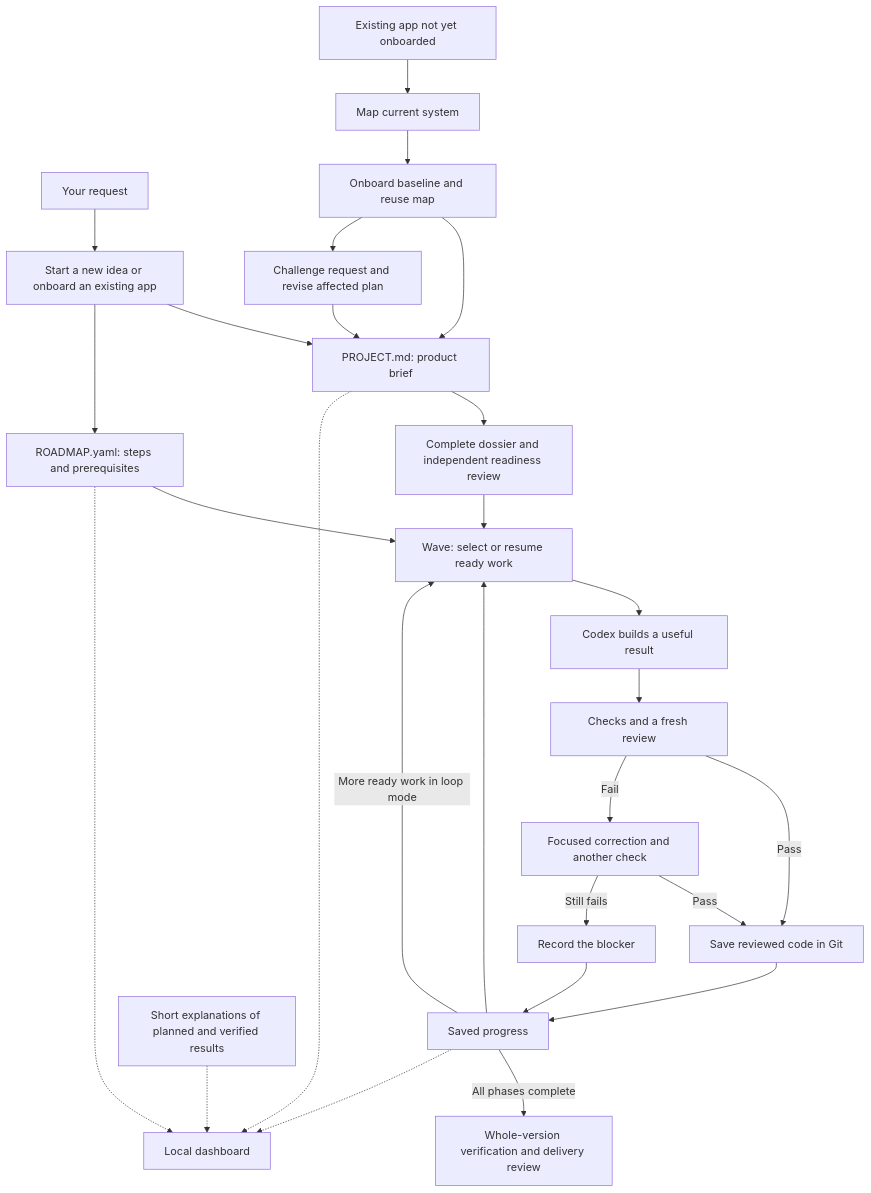
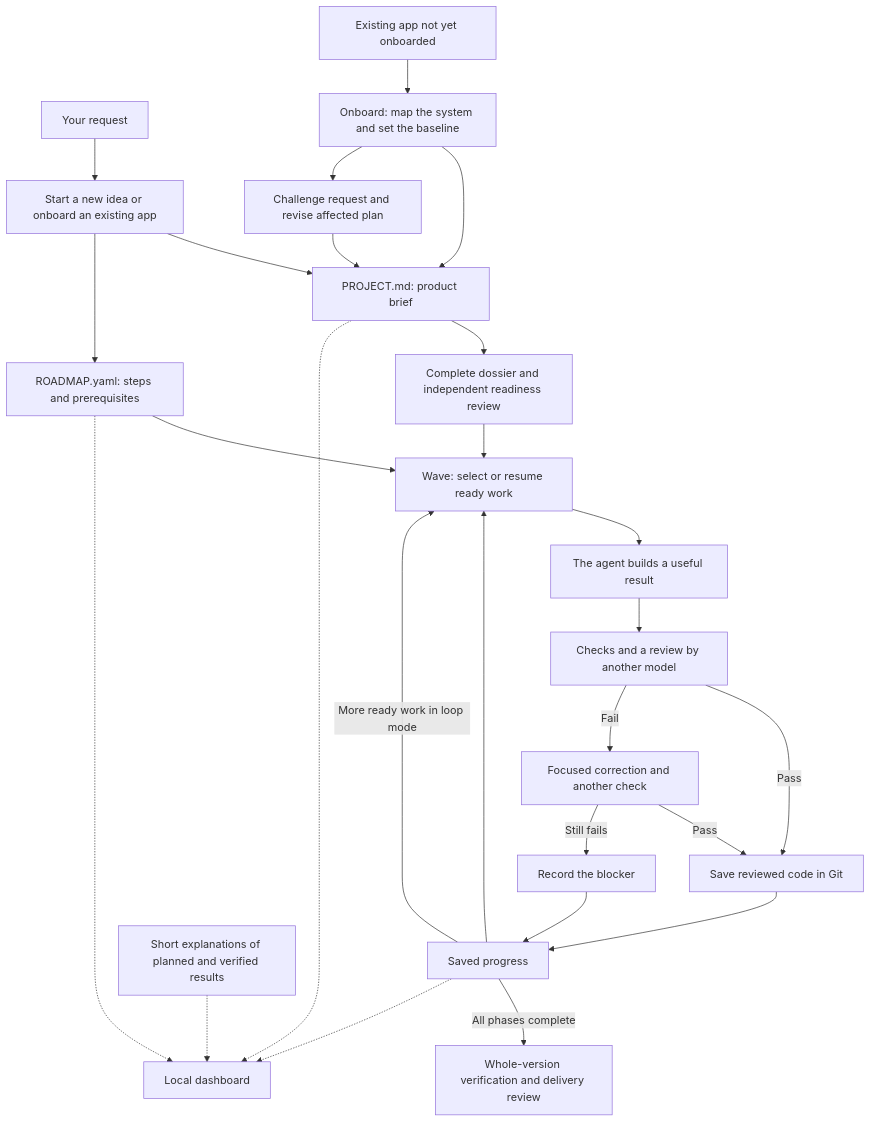
Before and after one commit to alexadark/riff-codex: the diagram in docs/how-it-works.md, drawn with Mermaid. The commit also changed other lines of this file and 5 other files, not shown here.

First line of the commit message:
Document RIFF for both Claude Code and Codex, with the review bridge

````diff
--- a/docs/how-it-works.md
+++ b/docs/how-it-works.md
@@ -24,29 +24,28 @@
 ```mermaid
 flowchart TD
     Request[Your request] --> Shape[Start a new idea or onboard an existing app]
     Shape --> Brief[PROJECT.md: product brief]
     Shape --> Roadmap[ROADMAP.yaml: steps and prerequisites]
-    Existing[Existing app not yet onboarded] --> Map[Map current system]
-    Map --> Onboard[Onboard baseline and reuse map]
+    Existing[Existing app not yet onboarded] --> Onboard[Onboard: map the system and set the baseline]
     Onboard --> Brief
     Onboard --> Evolve[Challenge request and revise affected plan]
     Evolve --> Brief
     Brief --> Ready[Complete dossier and independent readiness review]
     Ready --> Wave[Wave: select or resume ready work]
     Roadmap --> Wave
     State[Saved progress] --> Wave
-    Wave --> Codex[Codex builds a useful result]
-    Codex --> Verify[Checks and a fresh review]
+    Wave --> Agent[The agent builds a useful result]
+    Agent --> Verify[Checks and a review by another model]
     Verify -->|Pass| Commit[Save reviewed code in Git]
     Verify -->|Fail| Repair[Focused correction and another check]
     Repair -->|Pass| Commit
     Repair -->|Still fails| Block[Record the blocker]
     Commit --> State
     Block --> State
     State -->|More ready work in loop mode| Wave
     State -->|All phases complete| Final[Whole-version verification and delivery review]
     Brief -.-> Board[Local dashboard]
     Roadmap -.-> Board
     State -.-> Board
     Explain[Short explanations of planned and verified results] -.-> Board
 ```
````
